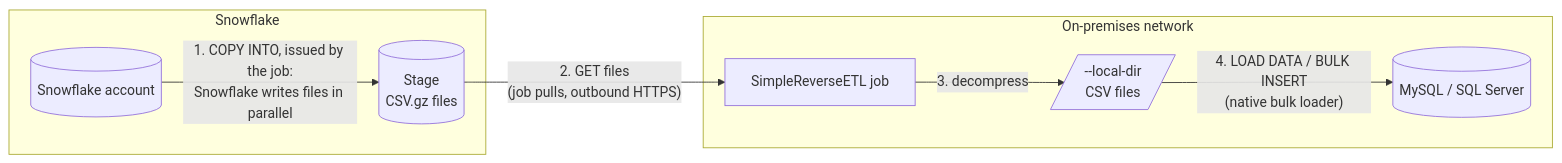
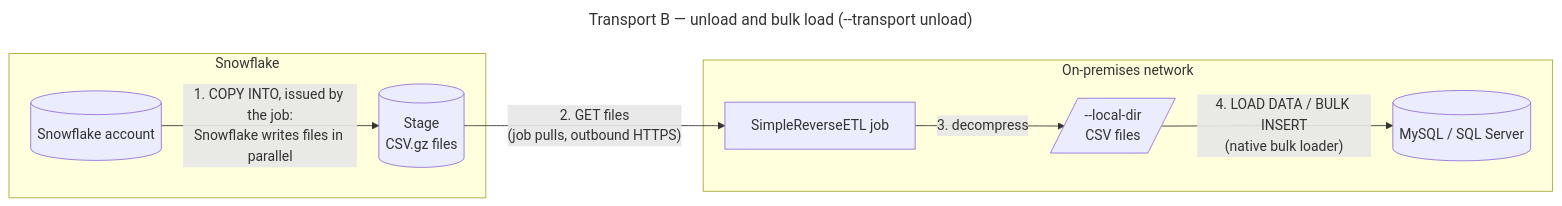
The second of 2 diagrams in README.md (sfc-gh-mwalli/simple-reverse-etl), drawn with Mermaid before and after one commit. The commit also changed other lines of this file, not shown here.

Commit message:
README: title the Transport A and Transport B diagrams
Generated with [Snowflake CoCo](https://docs.snowflake.com/en/user-guide/cortex-code/cortex-code)

````diff
--- a/README.md
+++ b/README.md
@@ -81,16 +84,19 @@
 ```mermaid
+---
+title: Transport B — unload and bulk load (--transport unload)
+---
 flowchart LR
   subgraph cloud [Snowflake]
     sf[("Snowflake account")]
     stg[("Stage<br/>CSV.gz files")]
   end
   subgraph onprem [On-premises network]
     job["SimpleReverseETL job"]
     files[/"--local-dir<br/>CSV files"/]
     db[("MySQL / SQL Server")]
   end
   sf -->|"1. COPY INTO, issued by the job:<br/>Snowflake writes files in parallel"| stg
   stg -->|"2. GET files<br/>(job pulls, outbound HTTPS)"| job
   job -->|"3. decompress"| files
   files -->|"4. LOAD DATA / BULK INSERT<br/>(native bulk loader)"| db
 ```
````
